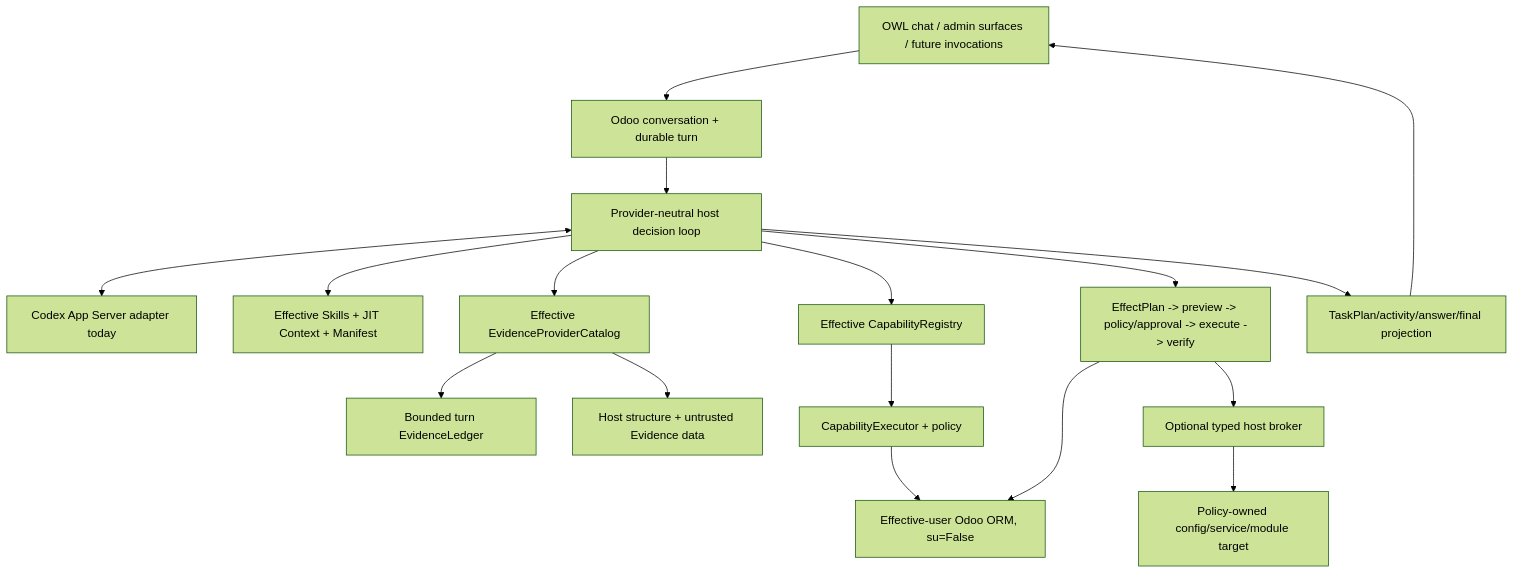
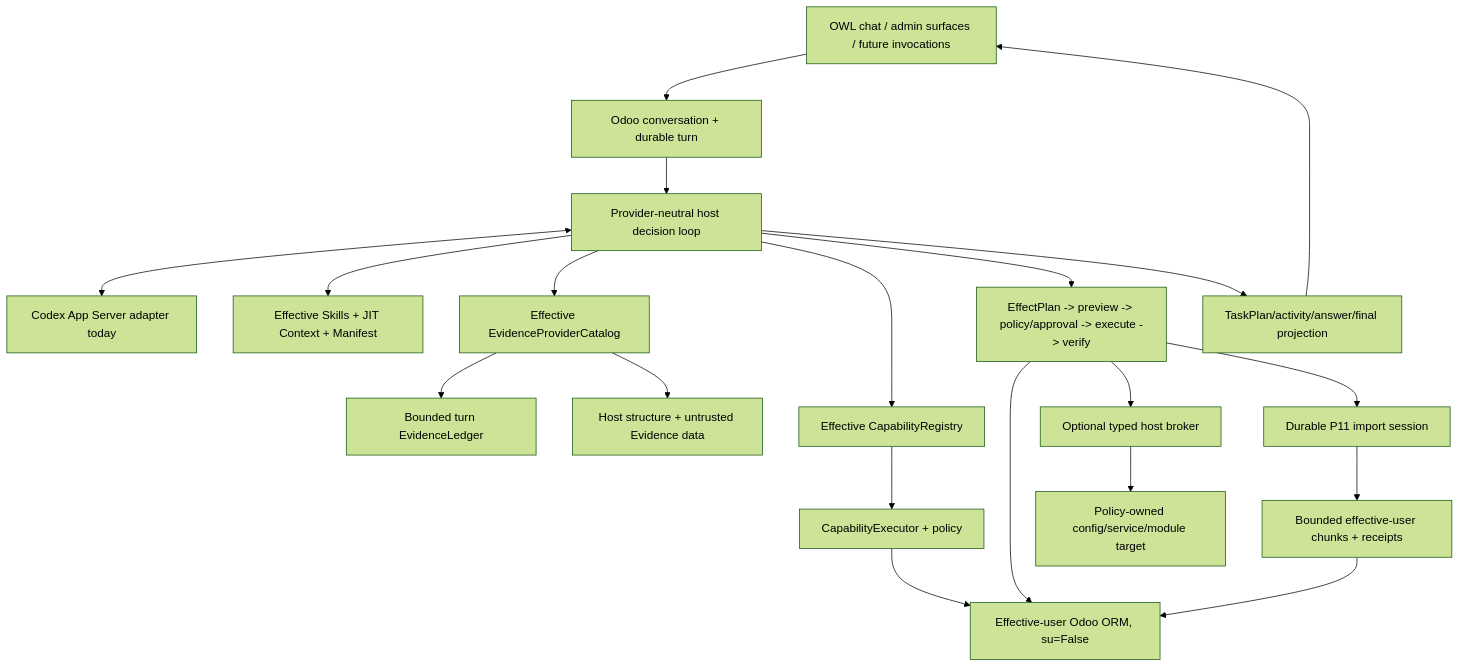
Before and after one commit to CPX-001/ai-odoo-assistant: the diagram in docs/README.md, drawn with Mermaid (forest theme). The commit also changed other lines of this file, not shown here.

Commit message:
docs(p11): index durable import implementation

````diff
--- a/docs/README.md
+++ b/docs/README.md
@@ -43,19 +40,22 @@
 ```mermaid
 flowchart TB
     UI[OWL chat / admin surfaces / future invocations] --> TURN[Odoo conversation + durable turn]
     TURN --> HOST[Provider-neutral host decision loop]
     HOST <--> MODEL[Codex App Server adapter today]
     HOST --> EXT[Effective Skills + JIT Context + Manifest]
     HOST --> EVC[Effective EvidenceProviderCatalog]
     EVC --> LEDGER[Bounded turn EvidenceLedger]
     EVC --> EDATA[Host structure + untrusted Evidence data]
     HOST --> CAT[Effective CapabilityRegistry]
     CAT --> EXEC[CapabilityExecutor + policy]
     EXEC --> ORM[Effective-user Odoo ORM, su=False]
     HOST --> EFFECT[EffectPlan -> preview -> policy/approval -> execute -> verify]
     EFFECT --> ORM
     EFFECT --> BROKER[Optional typed host broker]
     BROKER --> TARGET[Policy-owned config/service/module target]
+    EFFECT --> IMPORT[Durable P11 import session]
+    IMPORT --> CHUNK[Bounded effective-user chunks + receipts]
+    CHUNK --> ORM
     HOST --> LIVE[TaskPlan/activity/answer/final projection]
     LIVE --> UI
 ```
````
